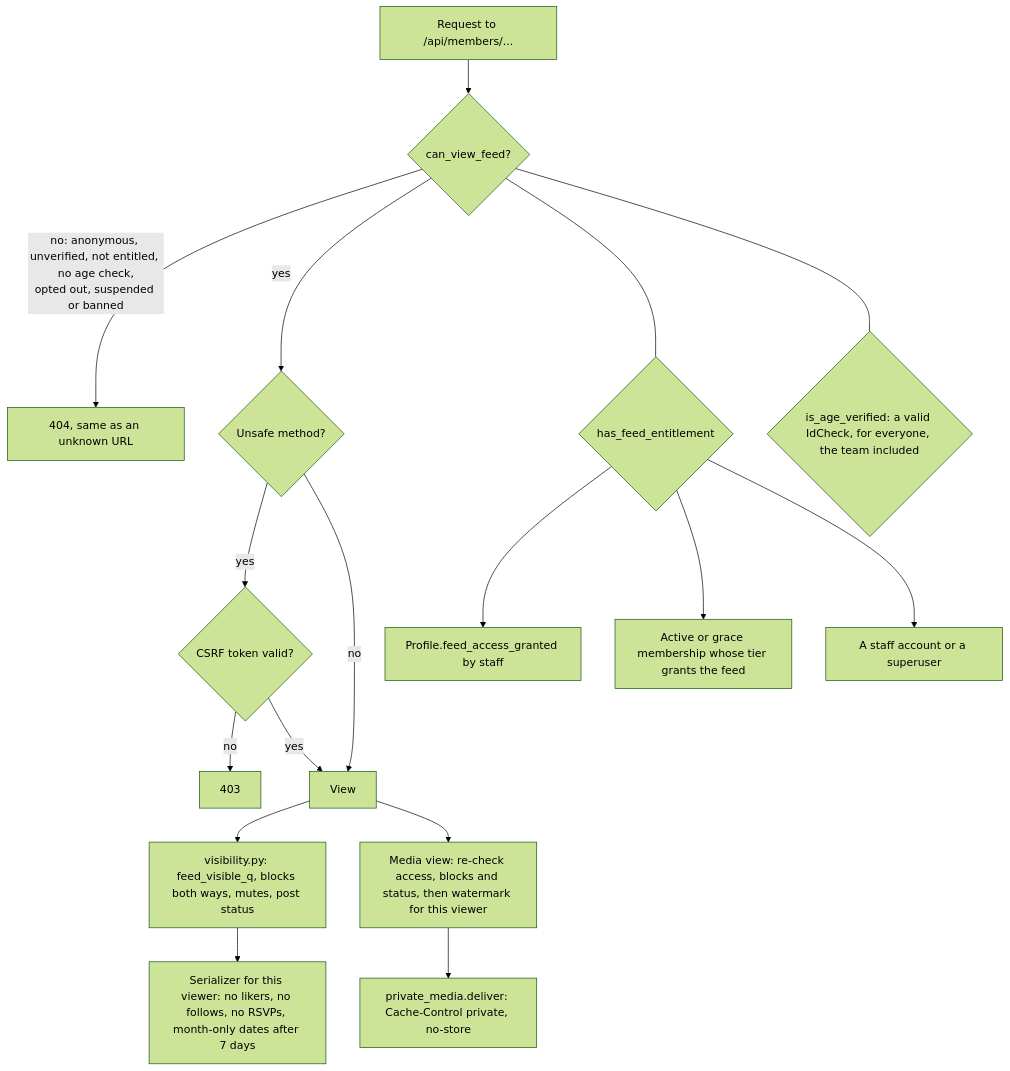
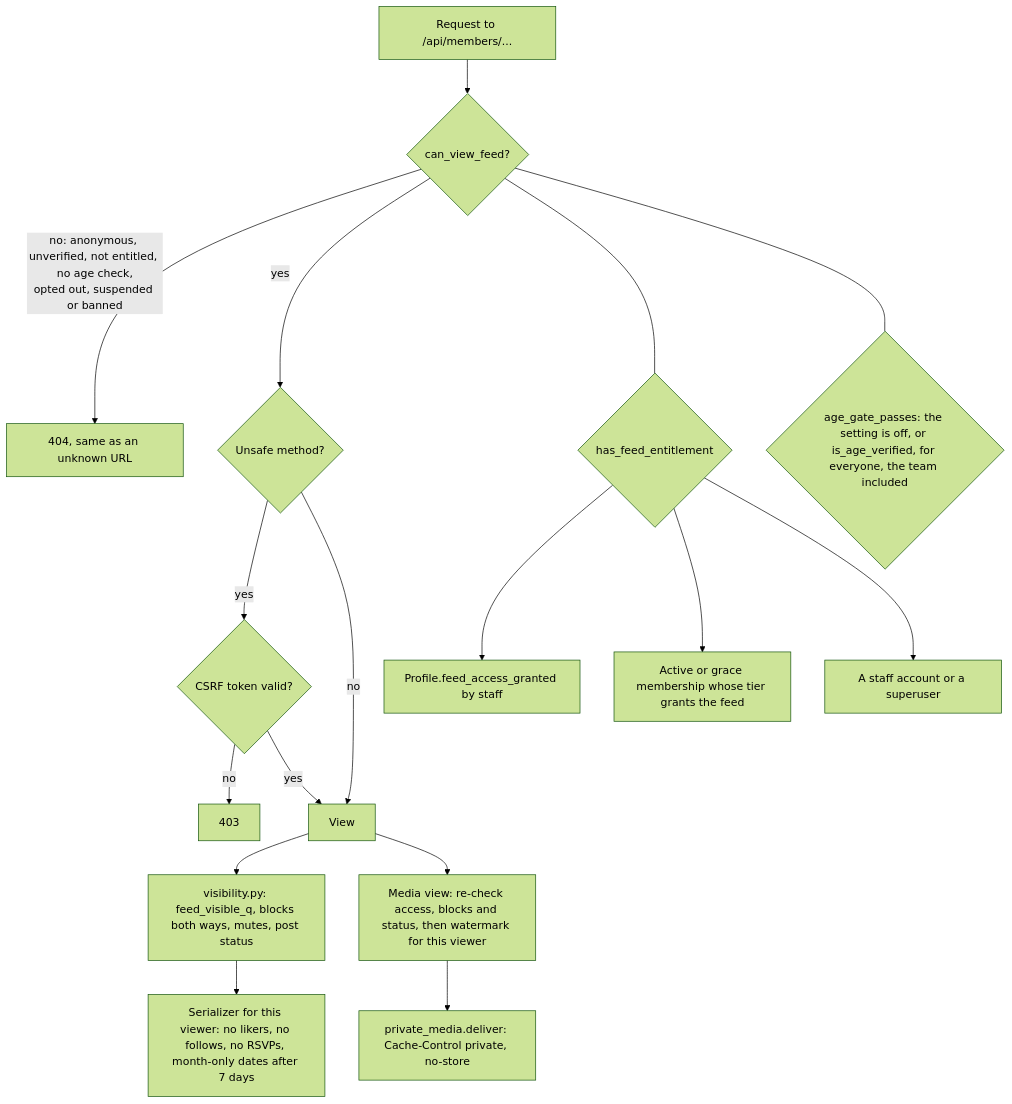
Before and after one commit to degarmo/rose: the first of 4 diagrams in docs/architecture.md, drawn with Mermaid (forest theme). The commit also changed other lines of this file and 43 other files, not shown here.

First line of the commit message:
Make the feed's age check a site setting

````diff
--- a/docs/architecture.md
+++ b/docs/architecture.md
@@ -124,20 +124,20 @@
 ```mermaid
 flowchart TD
     R[Request to /api/members/...] --> A{can_view_feed?}
     A -- "no: anonymous, unverified, not entitled, no age check,\nopted out, suspended or banned" --> N[404, same as an unknown URL]
     A -- yes --> C{Unsafe method?}
     C -- yes --> X{CSRF token valid?}
     X -- no --> F[403]
     X -- yes --> V
     C -- no --> V[View]
     V --> Q[visibility.py: feed_visible_q, blocks both ways, mutes, post status]
     Q --> S[Serializer for this viewer: no likers, no follows, no RSVPs, month-only dates after 7 days]
     V --> M[Media view: re-check access, blocks and status, then watermark for this viewer]
     M --> P[private_media.deliver: Cache-Control private, no-store]
 
     E{has_feed_entitlement} --> G[Profile.feed_access_granted by staff]
     E --> H[Active or grace membership whose tier grants the feed]
     E --> K[A staff account or a superuser]
     A --- E
-    A --- AV{is_age_verified: a valid IdCheck, for everyone, the team included}
+    A --- AV{age_gate_passes: the setting is off, or is_age_verified, for everyone, the team included}
 ```
````
